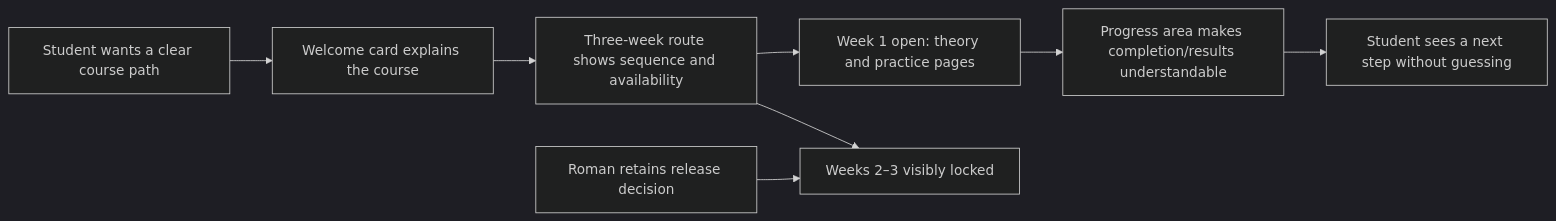
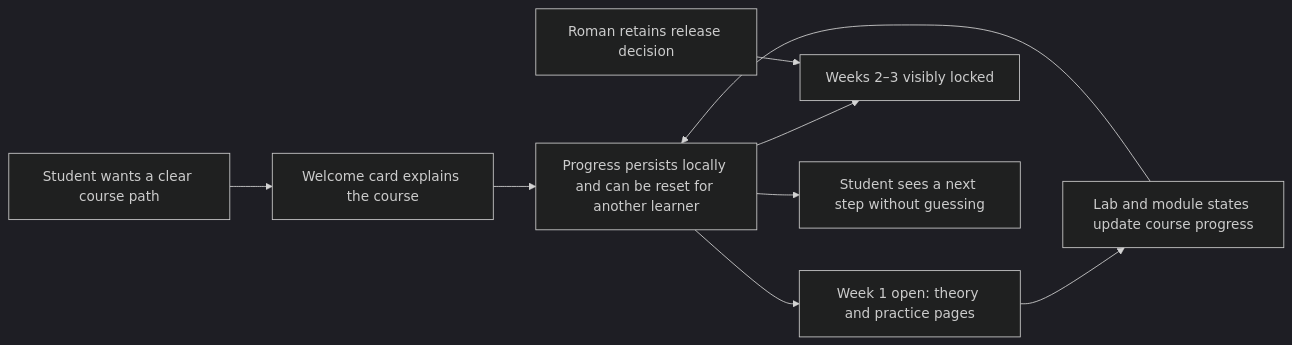
The diagram in workspace/2026/OOP_20261015-164702_WEB/HL-OOP_20261015-164702_WEB.md (MeltedOperator/OOP_site), drawn with Mermaid (dark theme) before and after one commit. The commit also changed other lines of this file and 1 other file, not shown here.

````diff
--- a/workspace/2026/OOP_20261015-164702_WEB/HL-OOP_20261015-164702_WEB.md
+++ b/workspace/2026/OOP_20261015-164702_WEB/HL-OOP_20261015-164702_WEB.md
@@ -65,10 +69,11 @@
 ```mermaid
 flowchart LR
-    S[Student wants a clear course path] --> W[Welcome card explains the course]
+    U[Student wants a clear course path] --> W[Welcome card explains the course]
     W --> R[Three-week route shows sequence and availability]
     R --> A[Week 1 open: theory and practice pages]
     R --> L[Weeks 2–3 visibly locked]
-    A --> P[Progress area makes completion/results understandable]
+    A --> P[Lab and module states update course progress]
     O[Roman retains release decision] --> L
-    P --> N[Student sees a next step without guessing]
+    P --> R[Progress persists locally and can be reset for another learner]
+    R --> N[Student sees a next step without guessing]
 ```
````
